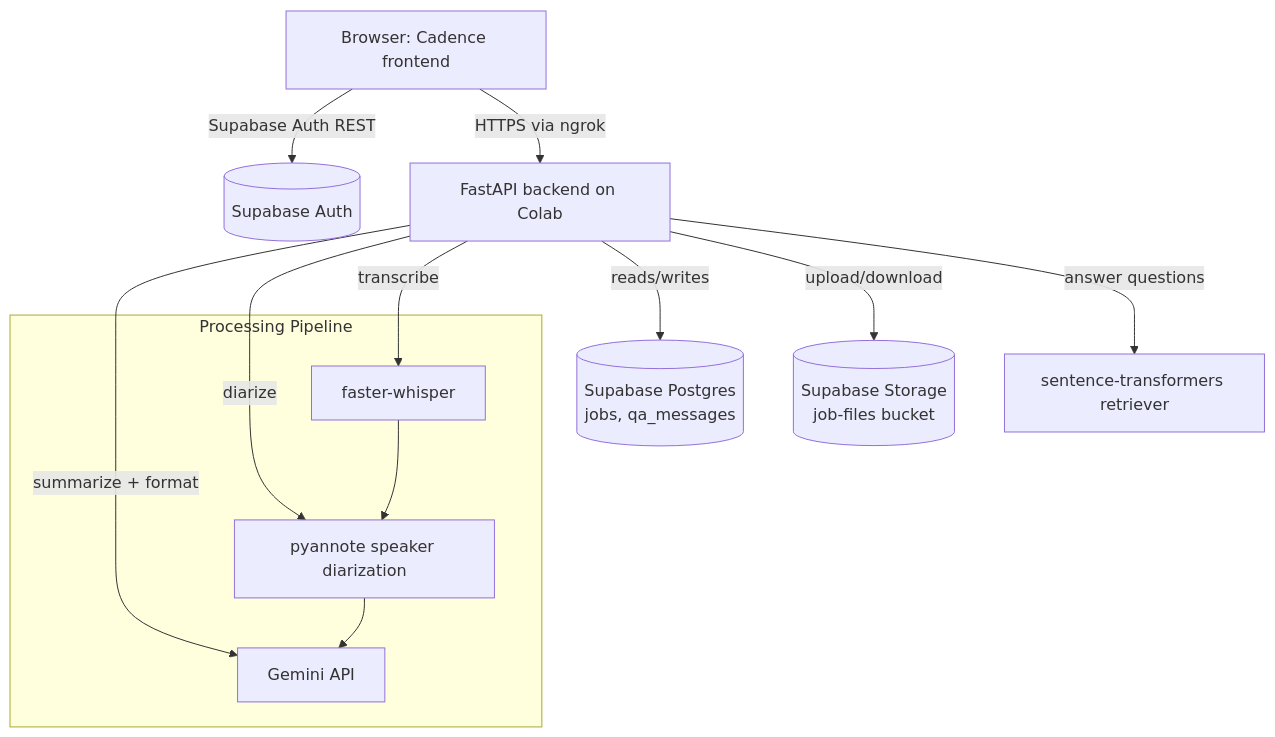
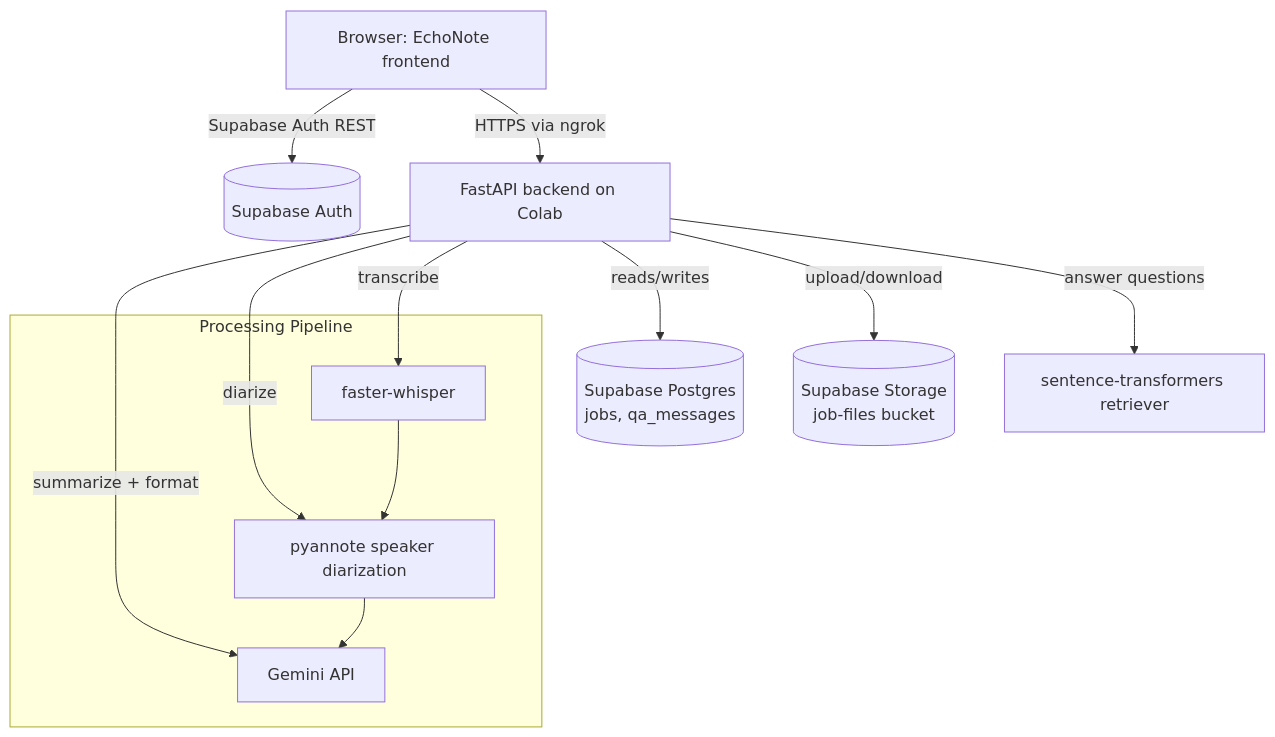
One commit to Ridham-jain/EchoNote changed the diagram in README.md. Above: the diagram before and after it, drawn with Mermaid. The commit also changed other lines of this file and 5 other files, not shown here.

````diff
--- a/README.md
+++ b/README.md
@@ -40,15 +40,15 @@
 ```mermaid
 flowchart TD
-    A[Browser: Cadence frontend] -->|Supabase Auth REST| B[(Supabase Auth)]
+    A[Browser: EchoNote frontend] -->|Supabase Auth REST| B[(Supabase Auth)]
     A -->|HTTPS via ngrok| C[FastAPI backend on Colab]
     C -->|reads/writes| D[(Supabase Postgres<br/>jobs, qa_messages)]
     C -->|upload/download| E[(Supabase Storage<br/>job-files bucket)]
     C -->|transcribe| F[faster-whisper]
     C -->|diarize| G[pyannote speaker diarization]
     C -->|summarize + format| H[Gemini API]
     C -->|answer questions| I[sentence-transformers retriever]
 
     subgraph Processing Pipeline
         F --> G --> H
     end
 ```
````
